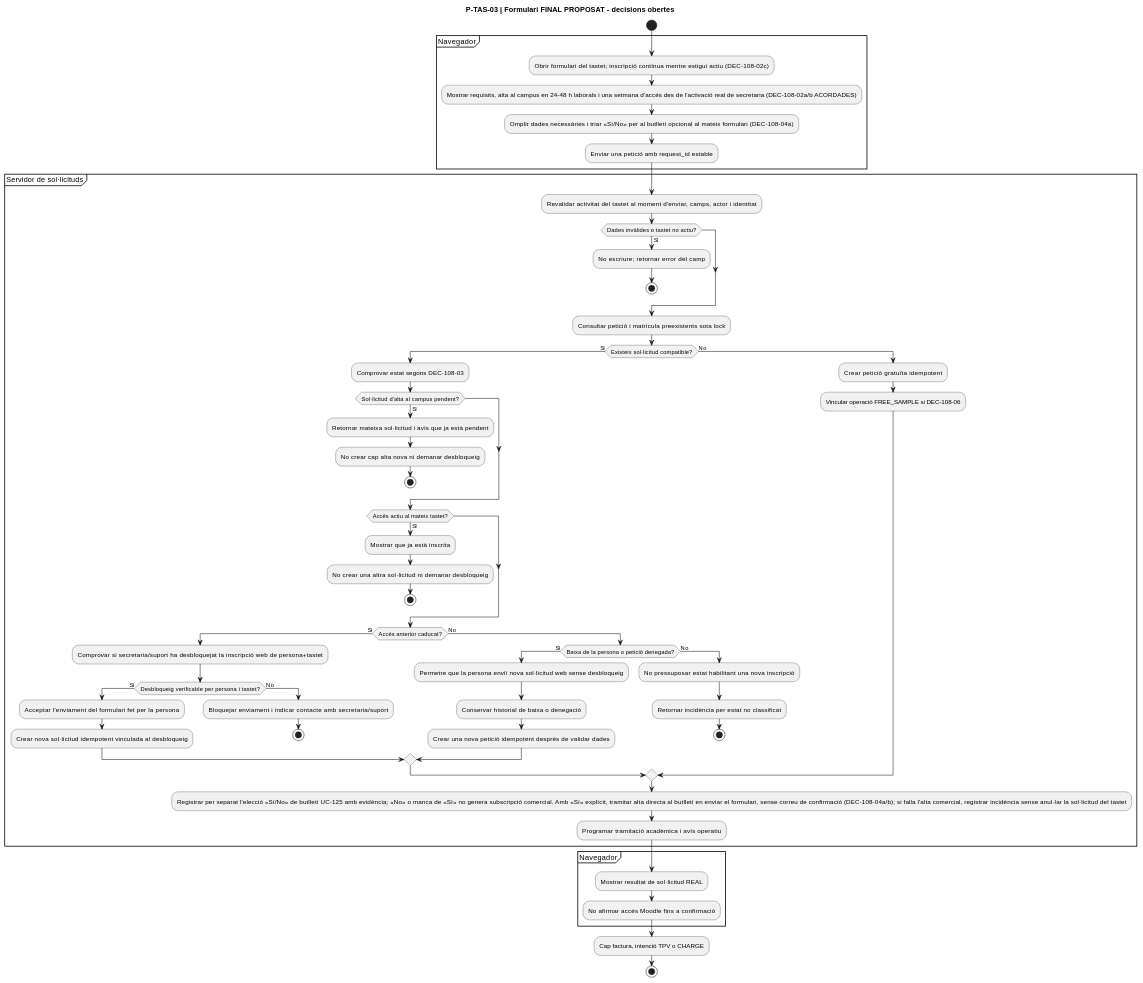
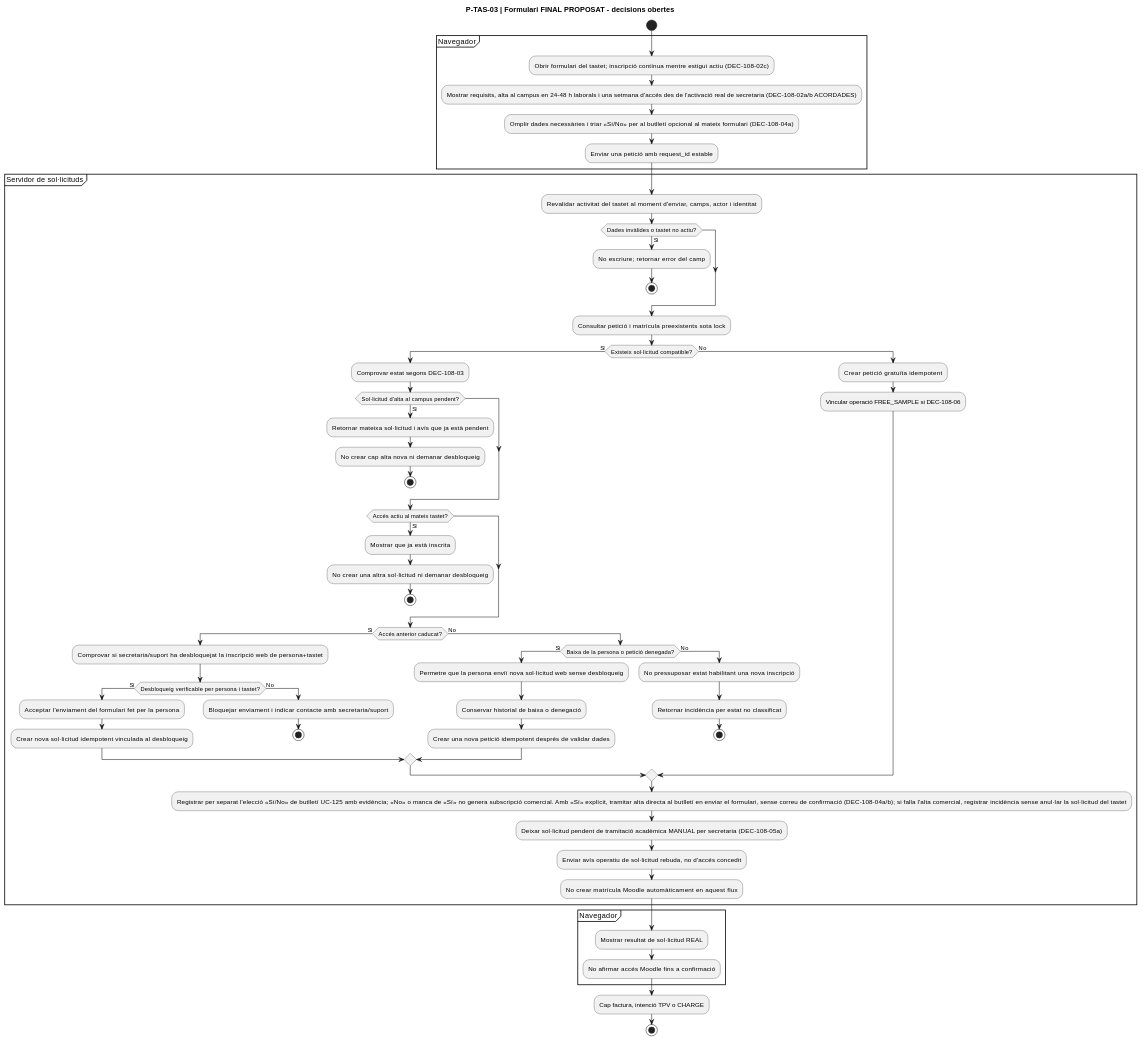
Diagram 16 of 32 in documentacio/07-uml-integrat/uc-108-activitats-pagines-tastets-actual-final.md (orgmeriemprismacat-del/verifactu), drawn with PlantUML before and after one commit. The commit also changed other lines of this file, not shown here.

Commit message:
docs(uml uc-108): reflect secretariat manual campus activation, 2027 automation future only

````diff
--- a/documentacio/07-uml-integrat/uc-108-activitats-pagines-tastets-actual-final.md
+++ b/documentacio/07-uml-integrat/uc-108-activitats-pagines-tastets-actual-final.md
@@ -367,64 +367,66 @@
 ```plantuml
 @startuml
 title P-TAS-03 | Formulari FINAL PROPOSAT - decisions obertes
 start
 partition "Navegador" {
   :Obrir formulari del tastet; inscripció contínua mentre estigui actiu (DEC-108-02c);
   :Mostrar requisits, alta al campus en 24–48 h laborals i una setmana d'accés des de l'activació real de secretaria (DEC-108-02a/b ACORDADES);
   :Omplir dades necessàries i triar «Sí/No» per al butlletí opcional al mateix formulari (DEC-108-04a);
   :Enviar una petició amb request_id estable;
 }
 partition "Servidor de sol·licituds" {
   :Revalidar activitat del tastet al moment d'enviar, camps, actor i identitat;
   if (Dades invàlides o tastet no actiu?) then (Sí)
     :No escriure; retornar error del camp;
     stop
   endif
   :Consultar petició i matrícula preexistents sota lock;
   if (Existeix sol·licitud compatible?) then (Sí)
     :Comprovar estat segons DEC-108-03;
     if (Sol·licitud d'alta al campus pendent?) then (Sí)
       :Retornar mateixa sol·licitud i avís que ja està pendent;
       :No crear cap alta nova ni demanar desbloqueig;
       stop
     endif
     if (Accés actiu al mateix tastet?) then (Sí)
       :Mostrar que ja està inscrita;
       :No crear una altra sol·licitud ni demanar desbloqueig;
       stop
     endif
     if (Accés anterior caducat?) then (Sí)
       :Comprovar si secretaria/suport ha desbloquejat la inscripció web de persona+tastet;
       if (Desbloqueig verificable per persona i tastet?) then (Sí)
         :Acceptar l'enviament del formulari fet per la persona;
         :Crear nova sol·licitud idempotent vinculada al desbloqueig;
       else (No)
         :Bloquejar enviament i indicar contacte amb secretaria/suport;
         stop
       endif
     else (No)
       if (Baixa de la persona o petició denegada?) then (Sí)
         :Permetre que la persona enviï nova sol·licitud web sense desbloqueig;
         :Conservar historial de baixa o denegació;
         :Crear una nova petició idempotent després de validar dades;
       else (No)
         :No pressuposar estat habilitant una nova inscripció;
         :Retornar incidència per estat no classificat;
         stop
       endif
     endif
   else (No)
     :Crear petició gratuïta idempotent;
     :Vincular operació FREE_SAMPLE si DEC-108-06;
   endif
   :Registrar per separat l'elecció «Sí/No» de butlletí UC-125 amb evidència; «No» o manca de «Sí» no genera subscripció comercial. Amb «Sí» explícit, tramitar alta directa al butlletí en enviar el formulari, sense correu de confirmació (DEC-108-04a/b); si falla l'alta comercial, registrar incidència sense anul·lar la sol·licitud del tastet;
-  :Programar tramitació acadèmica i avís operatiu;
+  :Deixar sol·licitud pendent de tramitació acadèmica MANUAL per secretaria (DEC-108-05a);
+  :Enviar avís operatiu de sol·licitud rebuda, no d'accés concedit;
+  :No crear matrícula Moodle automàticament en aquest flux;
 }
 partition "Navegador" {
   :Mostrar resultat de sol·licitud REAL;
   :No afirmar accés Moodle fins a confirmació;
 }
 :Cap factura, intenció TPV o CHARGE;
 stop
 @enduml
 ```
````
